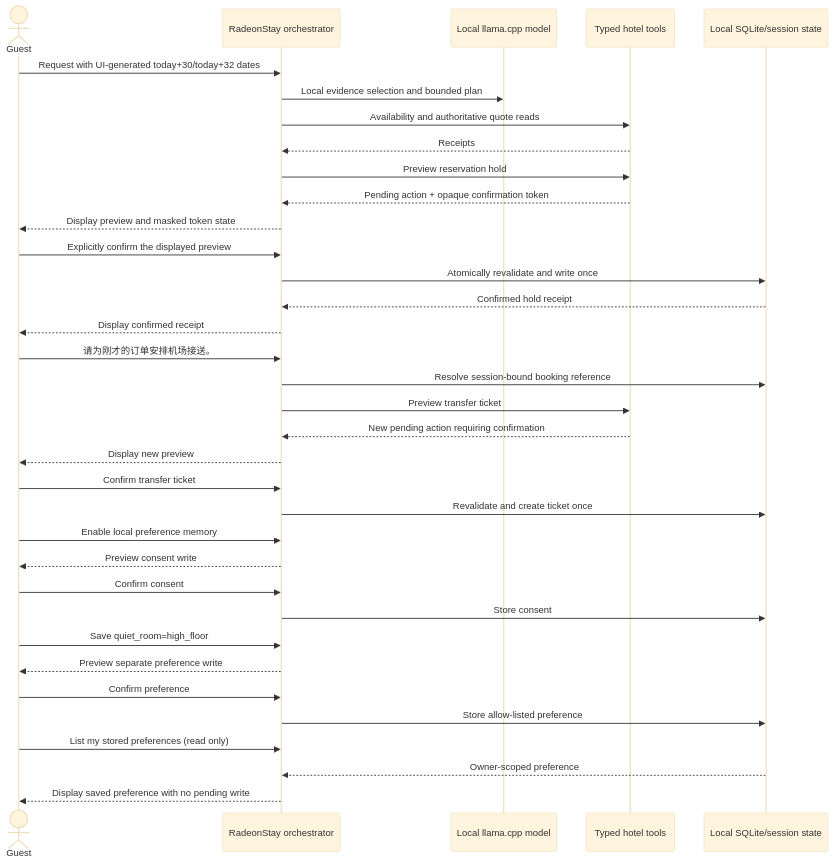
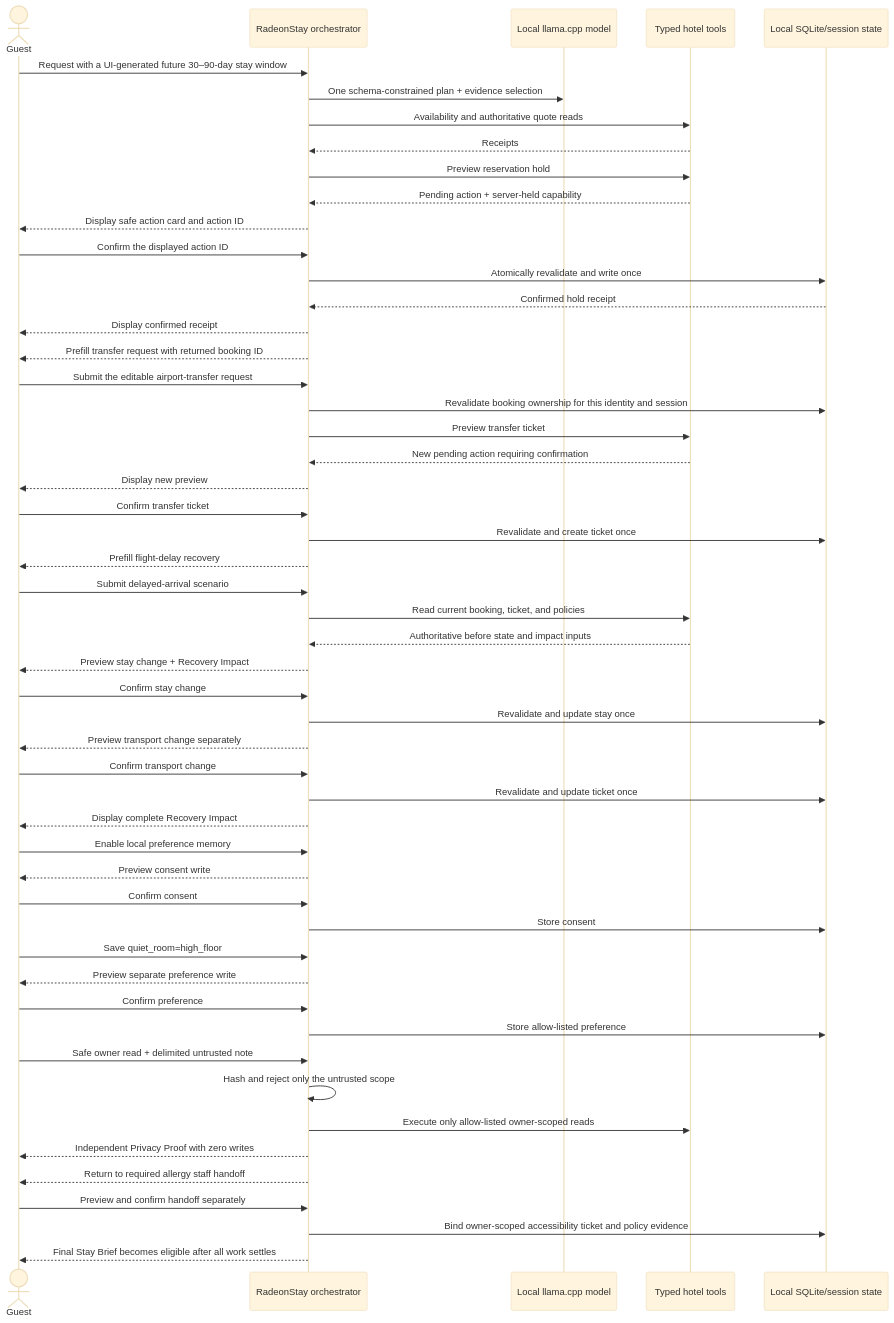
One commit to AMD-DEV-CONTEST/Radeon-hackathon-2026-07 changed the second of 2 diagrams in submissions/track2-radeonstay/docs/project-specification.md. Above: the diagram before and after it, drawn with Mermaid (base theme). The commit also changed other lines of this file and 64 other files, not shown here.

````diff
--- a/submissions/track2-radeonstay/docs/project-specification.md
+++ b/submissions/track2-radeonstay/docs/project-specification.md
@@ -42,37 +84,54 @@
 ```mermaid
 sequenceDiagram
     actor Guest
     participant Agent as RadeonStay orchestrator
     participant Model as Local llama.cpp model
     participant Tools as Typed hotel tools
     participant State as Local SQLite/session state
-    Guest->>Agent: Request with UI-generated today+30/today+32 dates
-    Agent->>Model: Local evidence selection and bounded plan
+    Guest->>Agent: Request with a UI-generated future 30–90-day stay window
+    Agent->>Model: One schema-constrained plan + evidence selection
     Agent->>Tools: Availability and authoritative quote reads
     Tools-->>Agent: Receipts
     Agent->>Tools: Preview reservation hold
-    Tools-->>Agent: Pending action + opaque confirmation token
-    Agent-->>Guest: Display preview and masked token state
-    Guest->>Agent: Explicitly confirm the displayed preview
+    Tools-->>Agent: Pending action + server-held capability
+    Agent-->>Guest: Display safe action card and action ID
+    Guest->>Agent: Confirm the displayed action ID
     Agent->>State: Atomically revalidate and write once
     State-->>Agent: Confirmed hold receipt
     Agent-->>Guest: Display confirmed receipt
-    Guest->>Agent: 请为刚才的订单安排机场接送。
-    Agent->>State: Resolve session-bound booking reference
+    Agent-->>Guest: Prefill transfer request with returned booking ID
+    Guest->>Agent: Submit the editable airport-transfer request
+    Agent->>State: Revalidate booking ownership for this identity and session
     Agent->>Tools: Preview transfer ticket
     Tools-->>Agent: New pending action requiring confirmation
     Agent-->>Guest: Display new preview
     Guest->>Agent: Confirm transfer ticket
     Agent->>State: Revalidate and create ticket once
+    Agent-->>Guest: Prefill flight-delay recovery
+    Guest->>Agent: Submit delayed-arrival scenario
+    Agent->>Tools: Read current booking, ticket, and policies
+    Tools-->>Agent: Authoritative before state and impact inputs
+    Agent-->>Guest: Preview stay change + Recovery Impact
+    Guest->>Agent: Confirm stay change
+    Agent->>State: Revalidate and update stay once
+    Agent-->>Guest: Preview transport change separately
+    Guest->>Agent: Confirm transport change
+    Agent->>State: Revalidate and update ticket once
+    Agent-->>Guest: Display complete Recovery Impact
     Guest->>Agent: Enable local preference memory
     Agent-->>Guest: Preview consent write
     Guest->>Agent: Confirm consent
     Agent->>State: Store consent
     Guest->>Agent: Save quiet_room=high_floor
     Agent-->>Guest: Preview separate preference write
     Guest->>Agent: Confirm preference
     Agent->>State: Store allow-listed preference
-    Guest->>Agent: List my stored preferences (read only)
-    State-->>Agent: Owner-scoped preference
-    Agent-->>Guest: Display saved preference with no pending write
+    Guest->>Agent: Safe owner read + delimited untrusted note
+    Agent->>Agent: Hash and reject only the untrusted scope
+    Agent->>Tools: Execute only allow-listed owner-scoped reads
+    Agent-->>Guest: Independent Privacy Proof with zero writes
+    Agent-->>Guest: Return to required allergy staff handoff
+    Guest->>Agent: Preview and confirm handoff separately
+    Agent->>State: Bind owner-scoped accessibility ticket and policy evidence
+    Agent-->>Guest: Final Stay Brief becomes eligible after all work settles
 ```
````
